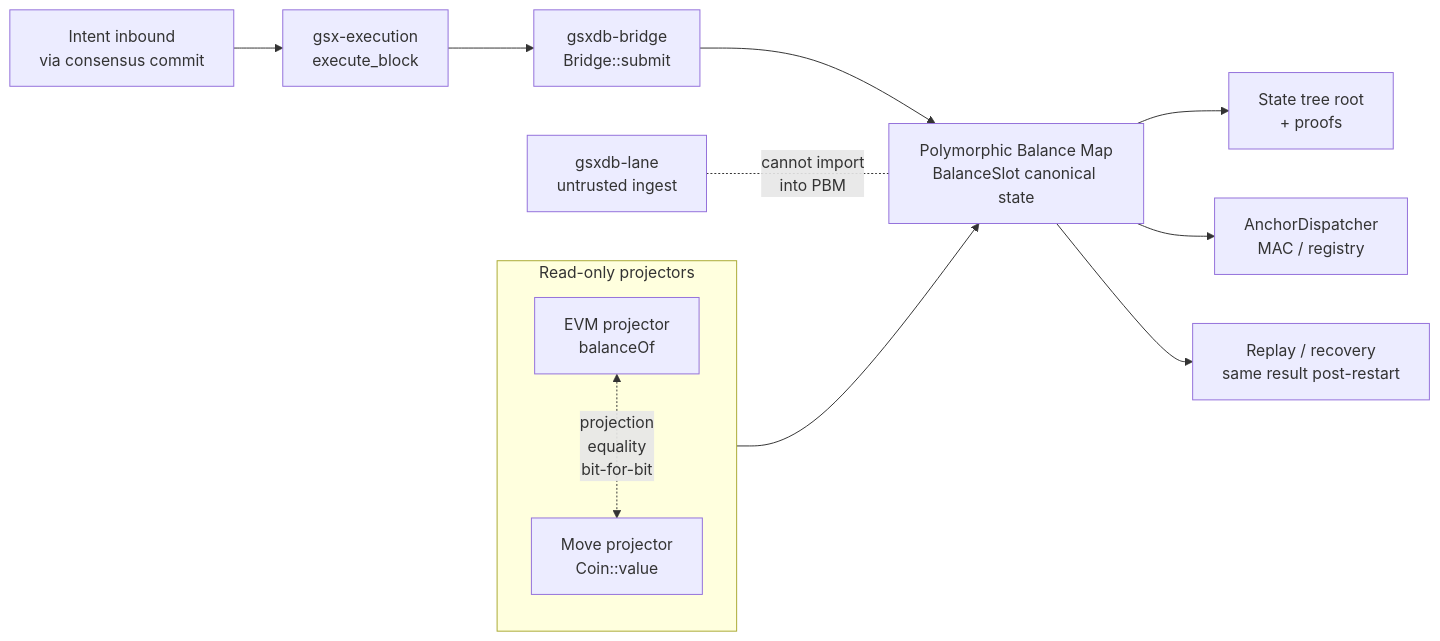
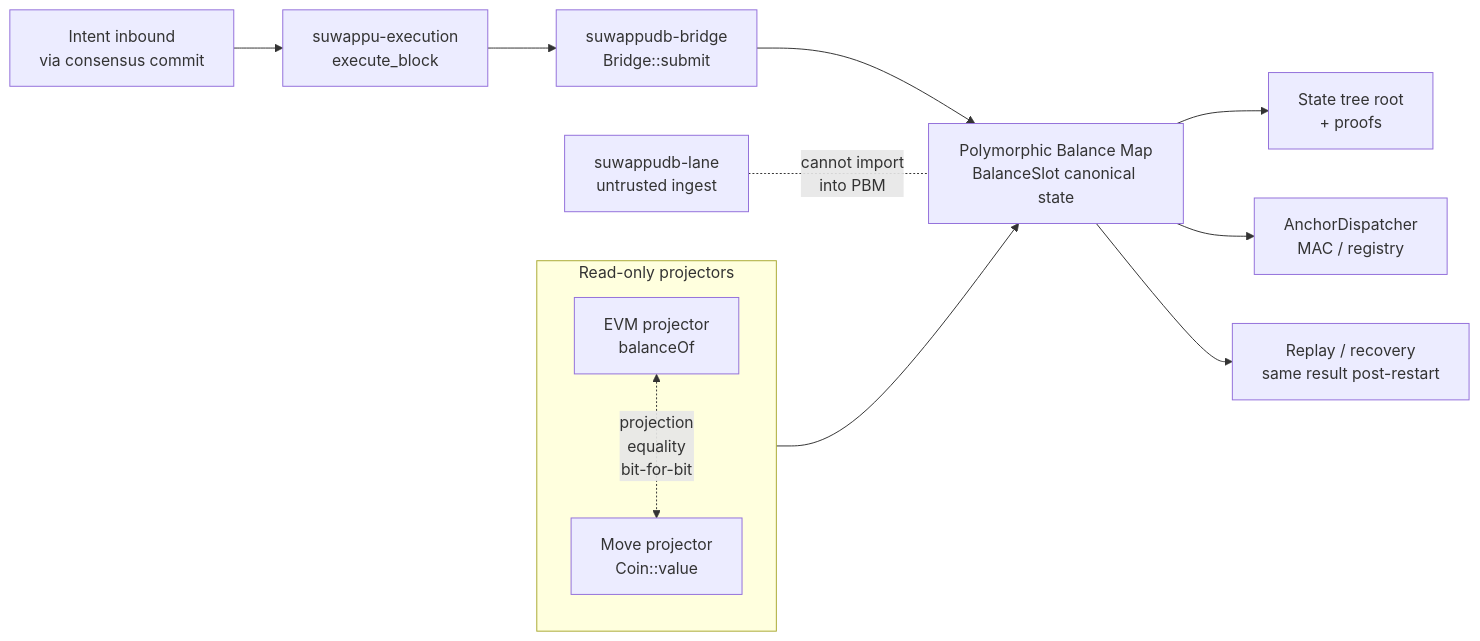
One commit to Suwappu-Labs/suwappu-dag changed the seventh of 8 diagrams in docs/visuals/README.md. Above: the diagram before and after it, drawn with Mermaid. The commit also changed other lines of this file and 503 other files, not shown here.

First line of the commit message:
chore: rebrand gsx-dag -> suwappu-dag (crates, code, docs, scripts)

````diff
--- a/docs/visuals/README.md
+++ b/docs/visuals/README.md
@@ -194,16 +194,16 @@
 ```mermaid
 flowchart LR
-    Intent[Intent inbound<br/>via consensus commit] --> Exec[gsx-execution<br/>execute_block]
-    Exec --> Bridge[gsxdb-bridge<br/>Bridge::submit]
+    Intent[Intent inbound<br/>via consensus commit] --> Exec[suwappu-execution<br/>execute_block]
+    Exec --> Bridge[suwappudb-bridge<br/>Bridge::submit]
     Bridge --> PBM[Polymorphic Balance Map<br/>BalanceSlot canonical state]
     PBM --> Tree[State tree root<br/>+ proofs]
     PBM --> Anchor[AnchorDispatcher<br/>MAC / registry]
     PBM --> Replay[Replay / recovery<br/>same result post-restart]
-    Lane[gsxdb-lane<br/>untrusted ingest] -. cannot import<br/>into PBM .- PBM
+    Lane[suwappudb-lane<br/>untrusted ingest] -. cannot import<br/>into PBM .- PBM
     subgraph Projectors[Read-only projectors]
       EVM[EVM projector<br/>balanceOf]
       Move[Move projector<br/>Coin::value]
     end
     Projectors --> PBM
     EVM <-.->|projection<br/>equality<br/>bit-for-bit| Move
 ```
````
